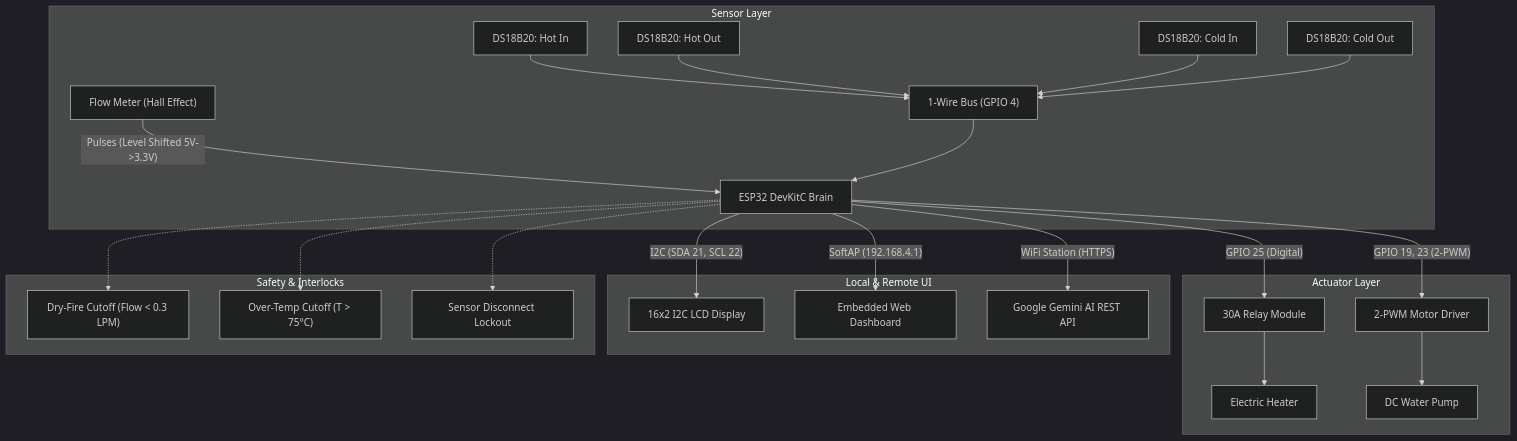
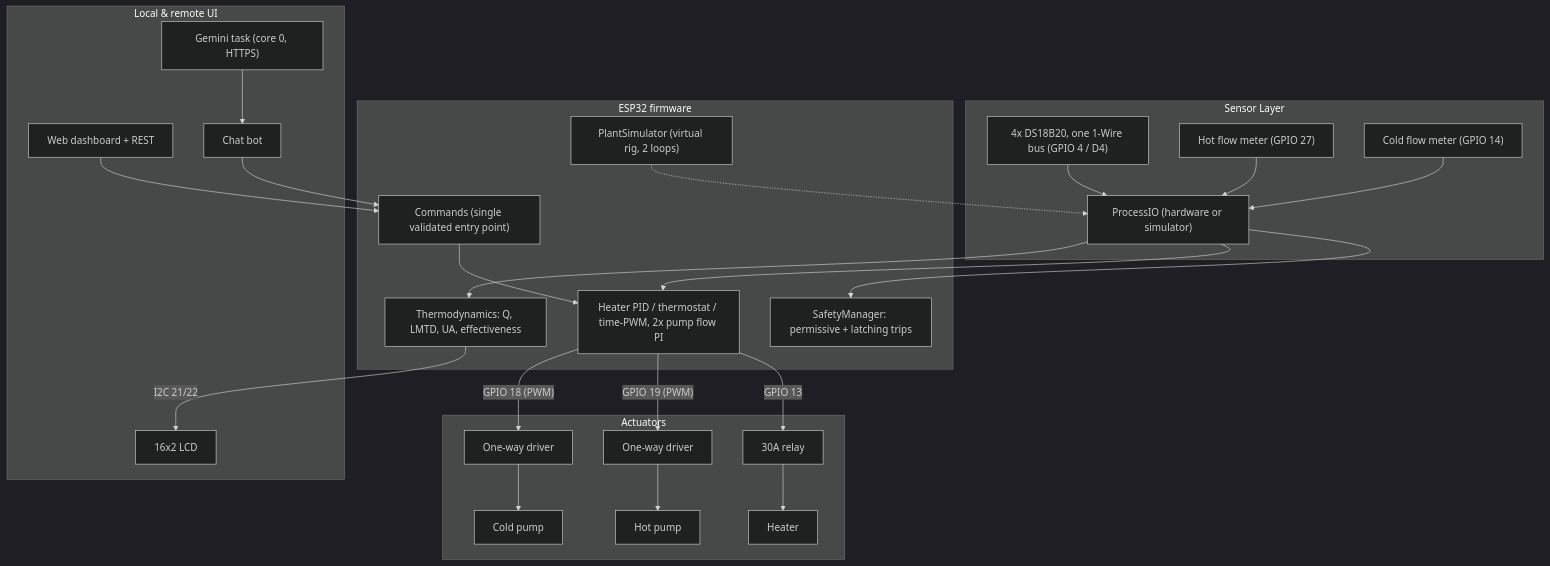
Before and after one commit to EnejiOhieku/heat-exchanger-controller: the diagram in README.md, drawn with Mermaid (dark theme). The commit also changed other lines of this file and 31 other files, not shown here.

First line of the commit message:
feat: dual one-way pumps, cold loop, single 1-Wire bus, hosted simulator

````diff
--- a/README.md
+++ b/README.md
@@ -16,28 +24,29 @@
 ```mermaid
 flowchart TD
     subgraph Sensors ["Sensor Layer"]
-        F1["Flow Meter (Hall Effect)"] -- "Pulses (Level Shifted 5V->3.3V)" --> ESP
-        T1["DS18B20: Hot In"] --> OW["1-Wire Bus (GPIO 4)"]
-        T2["DS18B20: Hot Out"] --> OW
-        T3["DS18B20: Cold In"] --> OW
-        T4["DS18B20: Cold Out"] --> OW
-        OW --> ESP["ESP32 DevKitC Brain"]
+        T1["4x DS18B20, one 1-Wire bus (GPIO 4 / D4)"] --> ESP
+        F1["Hot flow meter (GPIO 27)"] --> ESP
+        F2["Cold flow meter (GPIO 14)"] --> ESP
     end
 
-    subgraph Actuators ["Actuator Layer"]
-        ESP -- "GPIO 25 (Digital)" --> RELAY["30A Relay Module"] --> HEATER["Electric Heater"]
-        ESP -- "GPIO 19, 23 (2-PWM)" --> DRV["2-PWM Motor Driver"] --> PUMP["DC Water Pump"]
+    subgraph Core ["ESP32 firmware"]
+        ESP["ProcessIO (hardware or simulator)"] --> SAFE["SafetyManager: permissive + latching trips"]
+        ESP --> CTRL["Heater PID / thermostat / time-PWM, 2x pump flow PI"]
+        ESP --> THERMO["Thermodynamics: Q, LMTD, UA, effectiveness"]
+        SIM["PlantSimulator (virtual rig, 2 loops)"] -.-> ESP
+        CMD["Commands (single validated entry point)"] --> CTRL
     end
 
-    subgraph Interface ["Local & Remote UI"]
-        ESP -- "I2C (SDA 21, SCL 22)" --> LCD["16x2 I2C LCD Display"]
-        ESP -- "SoftAP (192.168.4.1)" --> WEB["Embedded Web Dashboard"]
-        ESP -- "WiFi Station (HTTPS)" --> GEMINI["Google Gemini AI REST API"]
+    subgraph Actuators ["Actuators"]
+        CTRL -- "GPIO 13" --> RELAY["30A relay"] --> HEATER["Heater"]
+        CTRL -- "GPIO 19 (PWM)" --> DRV1["One-way driver"] --> PUMPH["Hot pump"]
+        CTRL -- "GPIO 18 (PWM)" --> DRV2["One-way driver"] --> PUMPC["Cold pump"]
     end
 
-    subgraph Safety ["Safety & Interlocks"]
-        ESP -.-> DRY["Dry-Fire Cutoff (Flow < 0.3 LPM)"]
-        ESP -.-> OVERT["Over-Temp Cutoff (T > 75°C)"]
-        ESP -.-> FAULT["Sensor Disconnect Lockout"]
+    subgraph UI ["Local & remote UI"]
+        THERMO -- "I2C 21/22" --> LCD["16x2 LCD"]
+        WEB["Web dashboard + REST"] --> CMD
+        CHAT["Chat bot"] --> CMD
+        GEM["Gemini task (core 0, HTTPS)"] --> CHAT
     end
 ```
````
